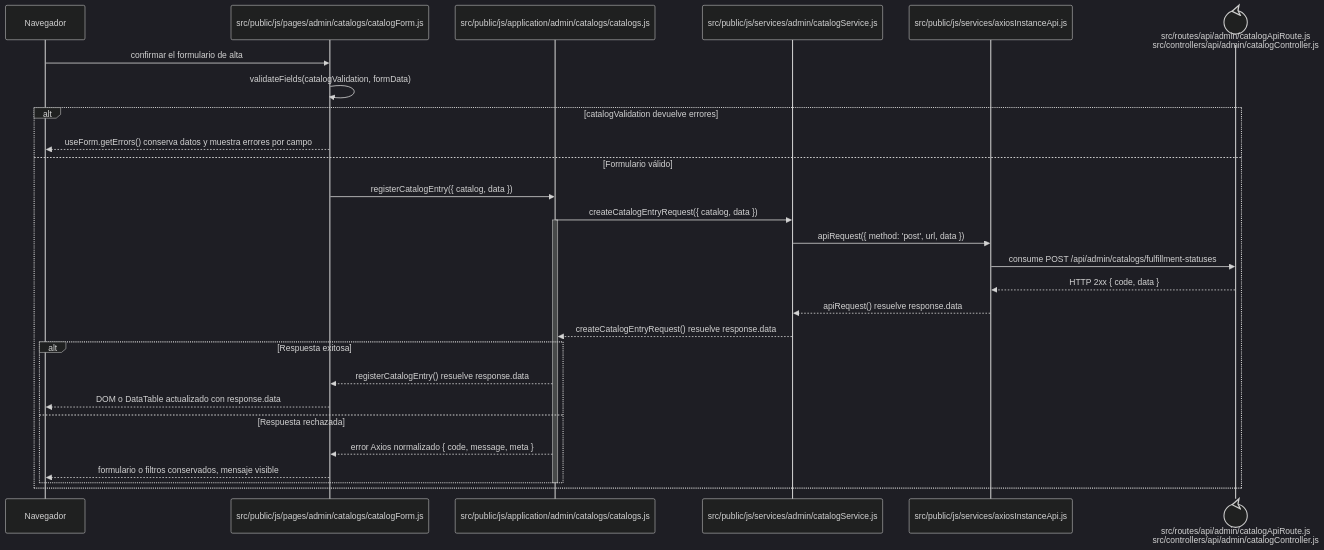
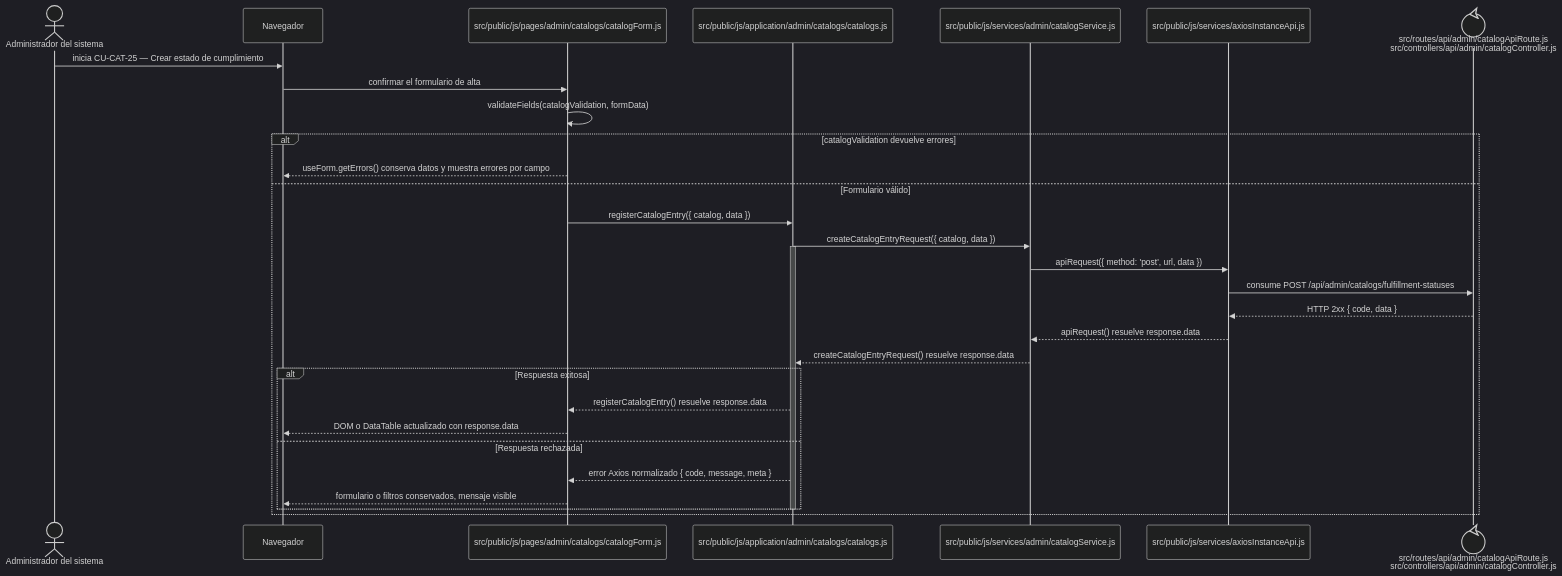
The diagram in docs/architecture/frontend-code-sequences/catalogs/cu-cat-25.md (gpgsistemas01/nexus), drawn with Mermaid (dark theme) before and after one commit. The commit also changed 105 other files, not shown here.

````diff
--- a/docs/architecture/frontend-code-sequences/catalogs/cu-cat-25.md
+++ b/docs/architecture/frontend-code-sequences/catalogs/cu-cat-25.md
@@ -6,32 +6,34 @@
 ```mermaid
 sequenceDiagram
+    actor Initiator as Administrador del sistema
     participant Browser as Navegador
     participant View as src/public/js/pages/admin/catalogs/catalogForm.js
     participant Application as src/public/js/application/admin/catalogs/catalogs.js
     participant Request as src/public/js/services/admin/catalogService.js
     participant HTTP as src/public/js/services/axiosInstanceApi.js
     participant Transport@{ "type": "control" } as src/routes/api/admin/catalogApiRoute.js<br/>src/controllers/api/admin/catalogController.js
 
+    Initiator->>Browser: inicia CU-CAT-25 — Crear estado de cumplimiento
     Browser->>View: confirmar el formulario de alta
     View->>View: validateFields(catalogValidation, formData)
     alt catalogValidation devuelve errores
         View-->>Browser: useForm.getErrors() conserva datos y muestra errores por campo
     else Formulario válido
         View->>Application: registerCatalogEntry({ catalog, data })
         Application->>Request: createCatalogEntryRequest({ catalog, data })
         activate Application
         Request->>HTTP: apiRequest({ method: 'post', url, data })
         HTTP->>Transport: consume POST /api/admin/catalogs/fulfillment-statuses
         Transport-->>HTTP: HTTP 2xx { code, data }
         HTTP-->>Request: apiRequest() resuelve response.data
         Request-->>Application: createCatalogEntryRequest() resuelve response.data
         alt Respuesta exitosa
             Application-->>View: registerCatalogEntry() resuelve response.data
             View-->>Browser: DOM o DataTable actualizado con response.data
         else Respuesta rechazada
             Application-->>View: error Axios normalizado { code, message, meta }
             View-->>Browser: formulario o filtros conservados, mensaje visible
         end
         deactivate Application
     end
 ```
````
